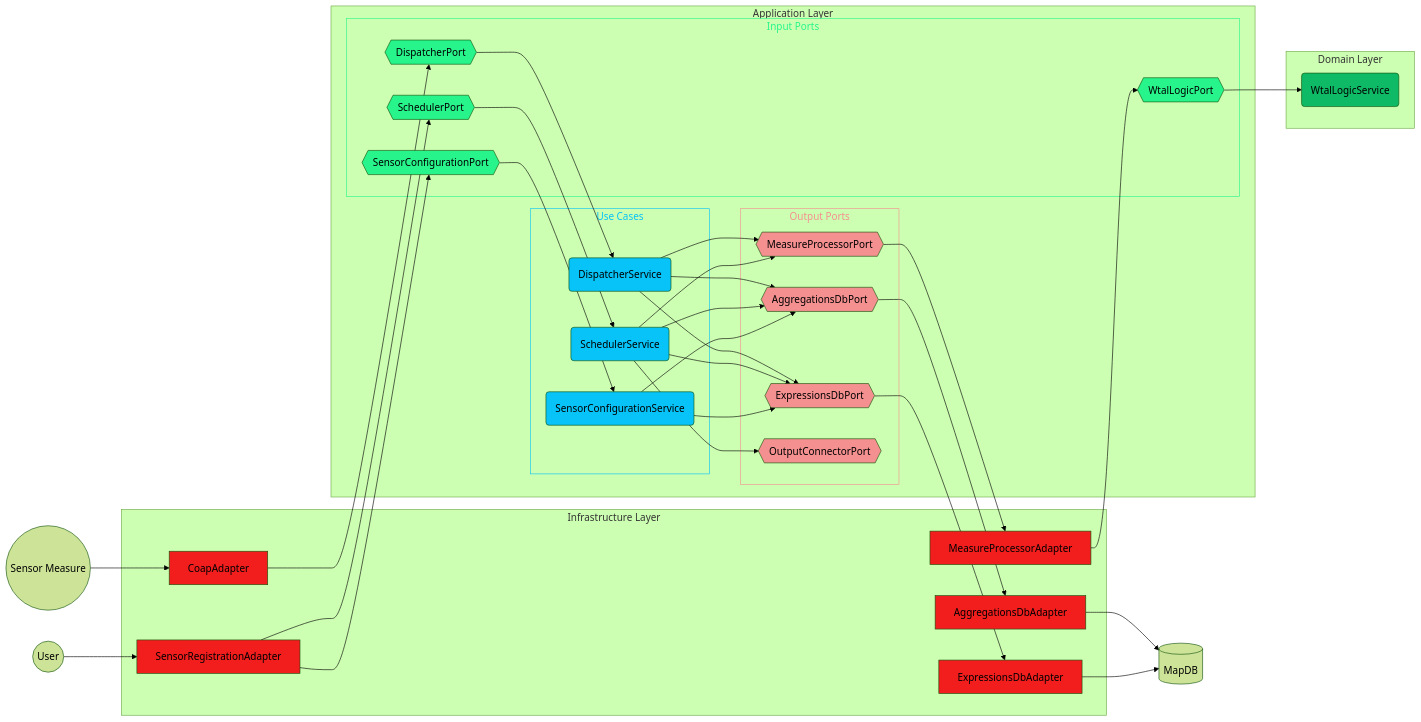
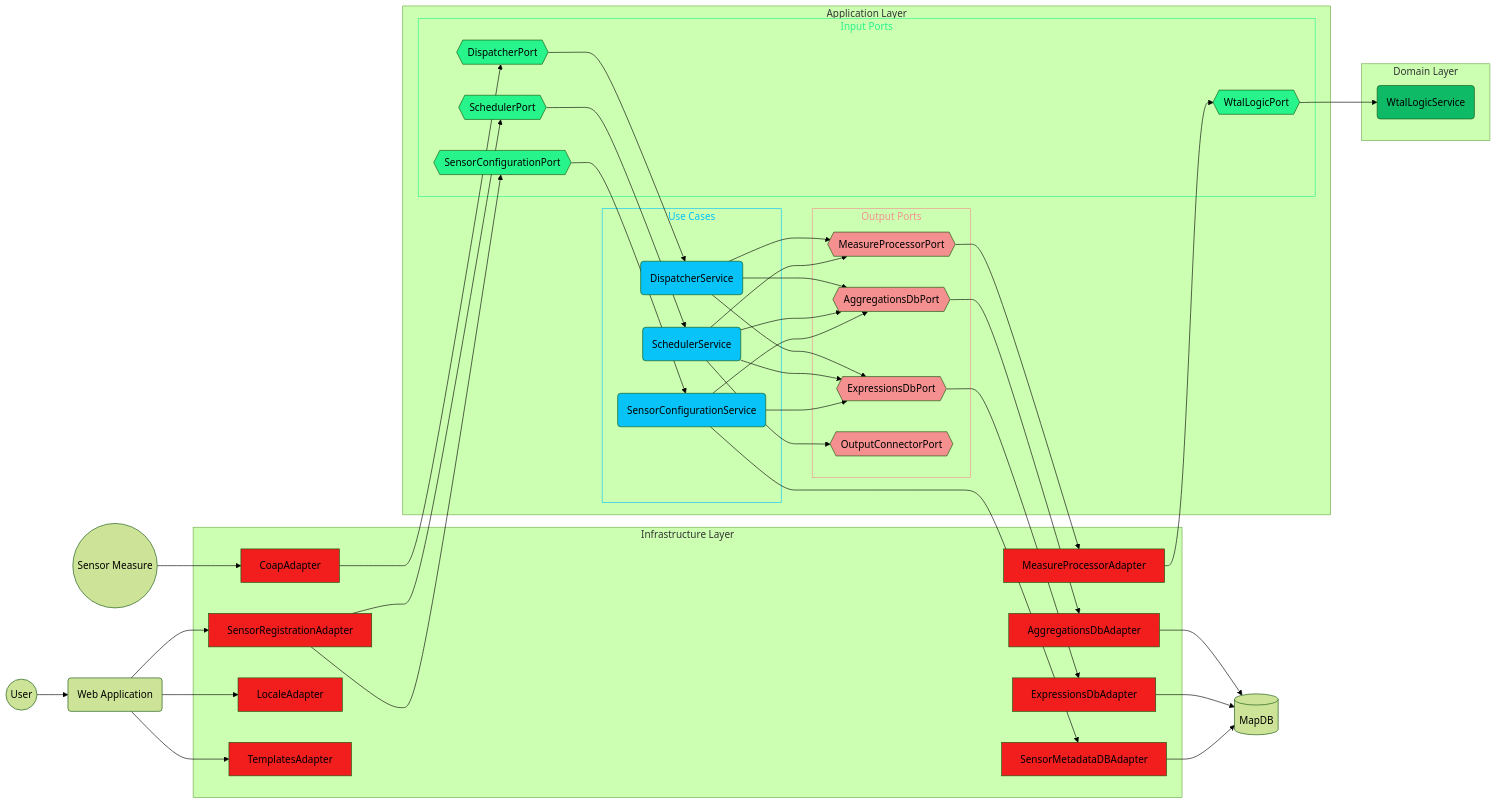
The second of 2 diagrams in apps/gateway/README.md (NicolasBreval/weather-twin), drawn with Mermaid (forest theme) before and after one commit.

````diff
--- a/apps/gateway/README.md
+++ b/apps/gateway/README.md
@@ -87,26 +87,36 @@
 graph LR
     SM((Sensor Measure))
     MDB[(MapDB)]
+    WA(Web Application)
     U((User))
 
     subgraph INF["Infrastructure Layer"]
         ADA["AggregationsDbAdapter"]
         EDA["ExpressionsDbAdapter"]
+        SMDA["SensorMetadataDBAdapter"]
         CA["CoapAdapter"]
         MPA["MeasureProcessorAdapter"]
         SRA["SensorRegistrationAdapter"]
+        LA["LocaleAdapter"]
+        TA["TemplatesAdapter"]
 
         style ADA fill:#F21D1D,color:black;
         style EDA fill:#F21D1D,color:black;
+        style SMDA fill:#F21D1D,color:black;
         style CA fill:#F21D1D,color:black;
         style MPA fill:#F21D1D,color:black;
         style SRA fill:#F21D1D,color:black;
+        style LA fill:#F21D1D,color:black;
+        style TA fill:#F21D1D,color:black;
 
-        click ADA "src/main/java/org/nbreval/weather_twin/gateway/infrastructure/adapter/AggregationsDbAdapter.java" "Open source code"
-        click EDA "apps/gateway/src/main/java/org/nbreval/weather_twin/gateway/infrastructure/adapter/ExpressionsDbAdapter.java" "Open source code"
-        click CA "apps/gateway/src/main/java/org/nbreval/weather_twin/gateway/infrastructure/adapter/CoapAdapter.java" "Open source code"
-        click MPA "apps/gateway/src/main/java/org/nbreval/weather_twin/gateway/infrastructure/adapter/MeasureProcessorAdapter.java" "Open source code"
-        click SRA "apps/gateway/src/main/java/org/nbreval/weather_twin/gateway/infrastructure/adapter/SensorRegistrationAdapter.java" "Open source code"
+        click ADA "./src/main/java/org/nbreval/weather_twin/gateway/infrastructure/adapter/AggregationsDbAdapter.java" "Open source code"
+        click EDA "./src/main/java/org/nbreval/weather_twin/gateway/infrastructure/adapter/ExpressionsDbAdapter.java" "Open source code"
+        click SMDA "./src/main/java/org/nbreval/weather_twin/gateway/infrastructure/adapter/SensorMetadataDbAdapter.java" "Open source code"
+        click CA "./src/main/java/org/nbreval/weather_twin/gateway/infrastructure/adapter/CoapAdapter.java" "Open source code"
+        click MPA "./src/main/java/org/nbreval/weather_twin/gateway/infrastructure/adapter/MeasureProcessorAdapter.java" "Open source code"
+        click SRA "./src/main/java/org/nbreval/weather_twin/gateway/infrastructure/adapter/SensorRegistrationAdapter.java" "Open source code"
+        click LA "./src/main/java/org/nbreval/weather_twin/gateway/infrastructure/adapter/LocaleAdapter.java" "Open source code"
+        click TA "./src/main/java/org/nbreval/weather_twin/gateway/infrastructure/adapter/TemplatesAdapter.java" "Open source code"
     end
 
     subgraph APP["Application Layer"]
@@ -119,9 +129,9 @@
             style SS fill:#07C3F7,color:black;
             style SCS fill:#07C3F7,color:black;
 
-            click DS "apps/gateway/src/main/java/org/nbreval/weather_twin/gateway/application/service/DispatcherService.java" "Open source code"
-            click SS "apps/gateway/src/main/java/org/nbreval/weather_twin/gateway/application/service/SchedulerService.java" "Open source code"
-            click SCS "apps/gateway/src/main/java/org/nbreval/weather_twin/gateway/application/service/SensorConfigurationService.java" "Open source code"
+            click DS "./src/main/java/org/nbreval/weather_twin/gateway/application/service/DispatcherService.java" "Open source code"
+            click SS "./src/main/java/org/nbreval/weather_twin/gateway/application/service/SchedulerService.java" "Open source code"
+            click SCS "./src/main/java/org/nbreval/weather_twin/gateway/application/service/SensorConfigurationService.java" "Open source code"
             
         end
 
@@ -138,10 +148,10 @@
             style SP fill:#27F58B,color:black;
             style SCP fill:#27F58B,color:black;
 
-            click DP "apps/gateway/src/main/java/org/nbreval/weather_twin/gateway/application/port/in/DispatcherPort.java" "Open source code"
-            click WLP "apps/gateway/src/main/java/org/nbreval/weather_twin/gateway/application/port/in/WtalLogicPort.java" "Open source code"
-            click SP "apps/gateway/src/main/java/org/nbreval/weather_twin/gateway/application/port/in/SchedulerPort.java" "Open source code"
-            click SCP "apps/gateway/src/main/java/org/nbreval/weather_twin/gateway/application/port/in/SensorConfigurationPort.java" "Open source code"
+            click DP "./src/main/java/org/nbreval/weather_twin/gateway/application/port/in/DispatcherPort.java" "Open source code"
+            click WLP "./src/main/java/org/nbreval/weather_twin/gateway/application/port/in/WtalLogicPort.java" "Open source code"
+            click SP "./src/main/java/org/nbreval/weather_twin/gateway/application/port/in/SchedulerPort.java" "Open source code"
+            click SCP "./src/main/java/org/nbreval/weather_twin/gateway/application/port/in/SensorConfigurationPort.java" "Open source code"
         end
 
         style IP stroke:#27F58B,color:#27F58B;
@@ -157,12 +167,10 @@
             style MPP fill:#F59090,color:black;
             style OCP fill:#F59090,color:black;
 
-            click ADP "apps/gateway/src/main/java/org/nbreval/weather_twin/gateway/application/port/out/AggregationsDbPort.java" "Open source code"
-            click EDP "apps/gateway/src/main/java/org/nbreval/weather_twin/gateway/application/port/out/ExpressionsDbPort.java" "Open source code"
-            click MPP "apps/gateway/src/main/java/org/nbreval/weather_twin/gateway/application/port/out/MeasureProcessorPort.java" "Open source code"
-            click OCP "apps/gateway/src/main/java/org/nbreval/weather_twin/gateway/application/port/out/OutputConnectorPort.java" "Open source code"
-            
-            
+            click ADP "./src/main/java/org/nbreval/weather_twin/gateway/application/port/out/AggregationsDbPort.java" "Open source code"
+            click EDP "./src/main/java/org/nbreval/weather_twin/gateway/application/port/out/ExpressionsDbPort.java" "Open source code"
+            click MPP "./src/main/java/org/nbreval/weather_twin/gateway/application/port/out/MeasureProcessorPort.java" "Open source code"
+            click OCP "./src/main/java/org/nbreval/weather_twin/gateway/application/port/out/OutputConnectorPort.java" "Open source code"
         end
 
         style OP stroke:#F59090,color:#F59090;
@@ -192,7 +200,8 @@
     SS --> MPP
     SRA --> SCP
     SRA --> SP
-    U --> SRA
+    U --> WA
+    WA --> SRA
     SM --> CA
     ADA --> MDB
     EDA --> MDB
@@ -200,4 +209,8 @@
     SCS --> EDP
     SCS --> ADP
     SS --> OCP
+    SMDA --> MDB
+    SCS --> SMDA
+    WA --> LA
+    WA --> TA
 ```
````
